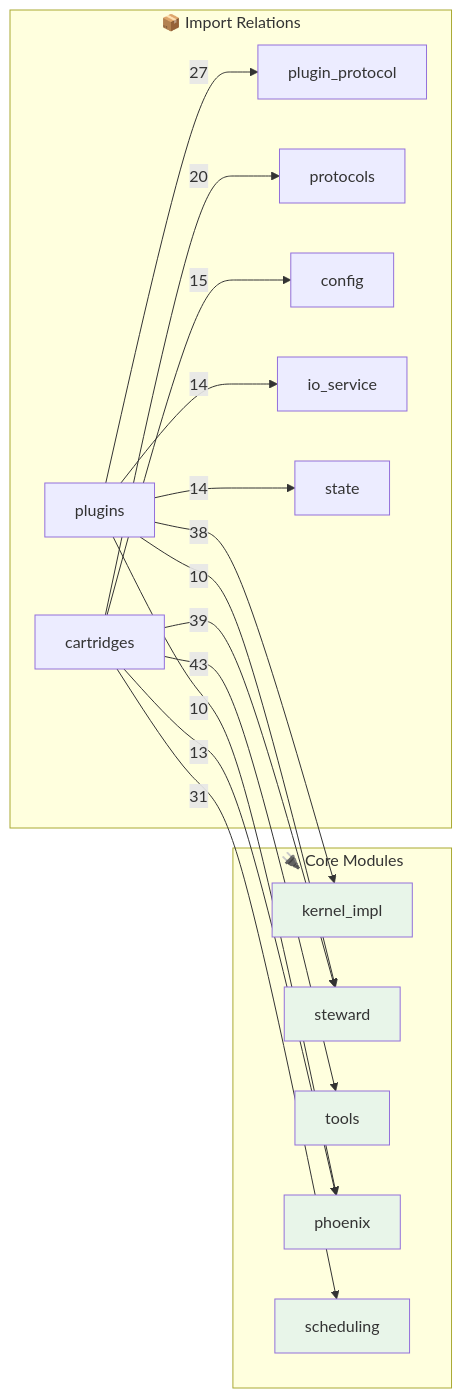
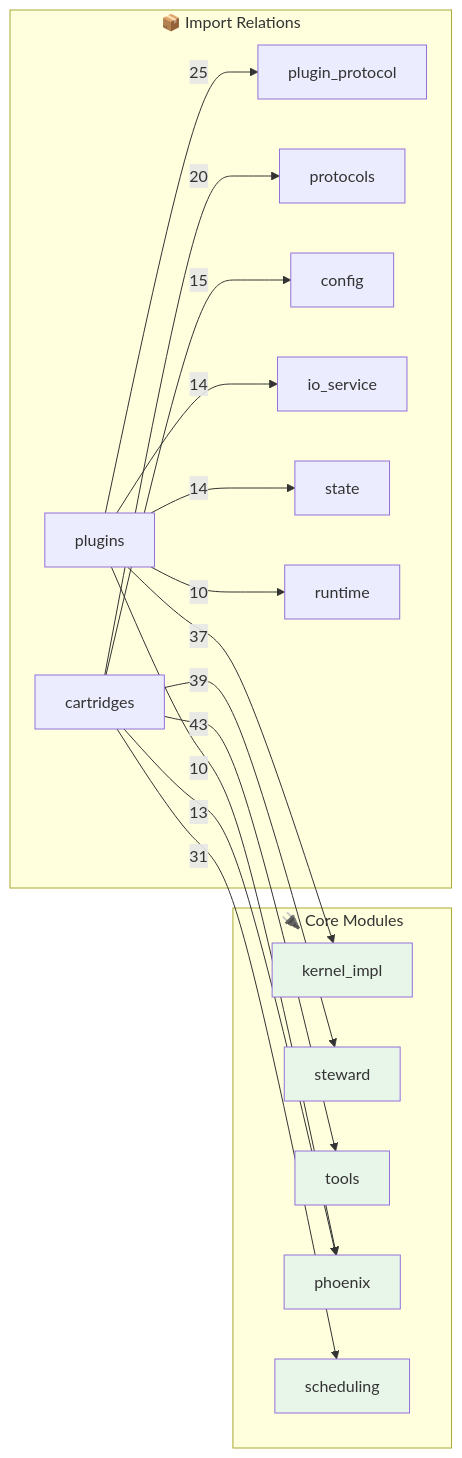
One commit to kimeisele/steward-protocol changed the second of 2 diagrams in OPUS.md. Above: the diagram before and after it, drawn with Mermaid. The commit also changed other lines of this file and 13 other files, not shown here.

````diff
--- a/OPUS.md
+++ b/OPUS.md
@@ -503,31 +503,31 @@
 ```mermaid
 flowchart LR
     subgraph Core["🔌 Core Modules"]
         kernel_impl[kernel_impl]
         steward[steward]
         tools[tools]
         phoenix[phoenix]
         scheduling[scheduling]
     end
 
     subgraph Edges["📦 Import Relations"]
         cartridges -->|43| tools
         cartridges -->|39| steward
-        plugins -->|38| kernel_impl
+        plugins -->|37| kernel_impl
         cartridges -->|31| scheduling
-        plugins -->|27| plugin_protocol
+        plugins -->|25| plugin_protocol
         cartridges -->|20| protocols
         cartridges -->|15| config
         plugins -->|14| io_service
         plugins -->|14| state
         cartridges -->|13| phoenix
+        plugins -->|10| runtime
         plugins -->|10| phoenix
-        plugins -->|10| steward
     end
 
     style kernel_impl fill:#e8f5e9
     style steward fill:#e8f5e9
     style tools fill:#e8f5e9
     style phoenix fill:#e8f5e9
     style scheduling fill:#e8f5e9
 ```
````
